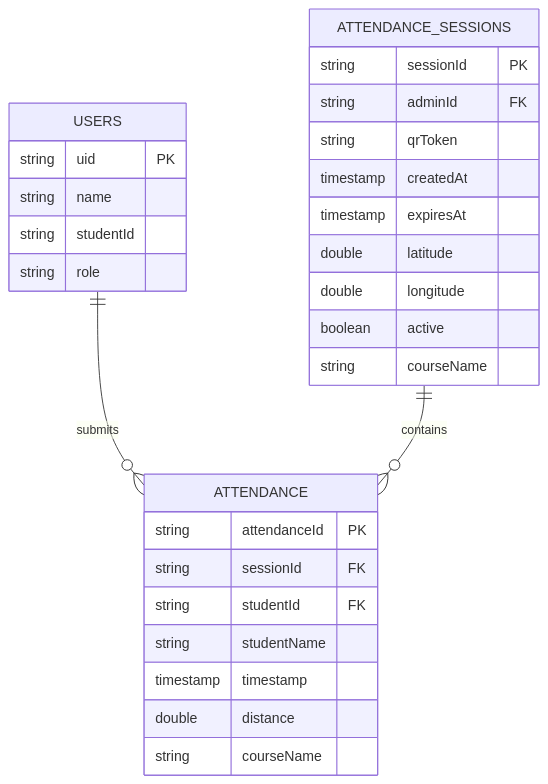
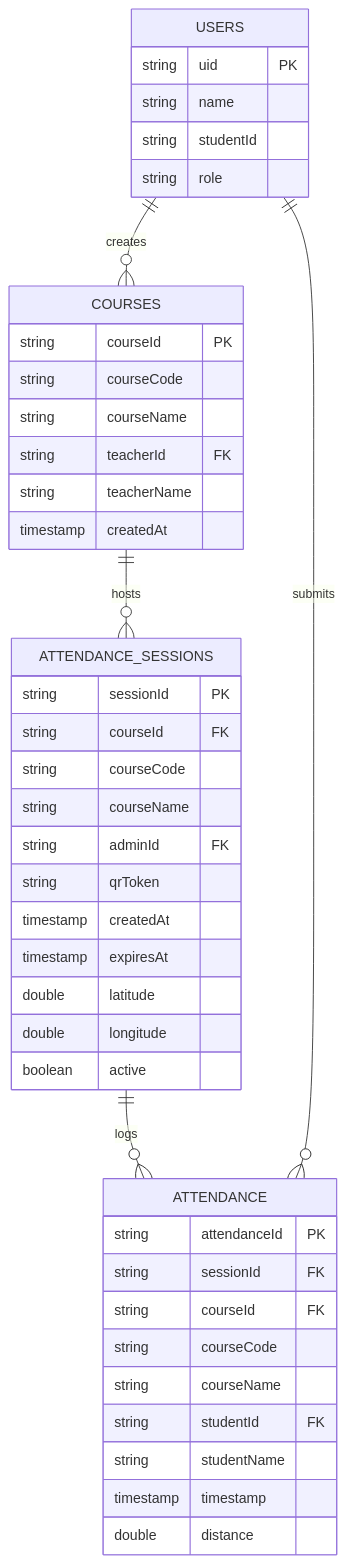
Before and after one commit to ahmadamin5112004-ship-it/attendance-system: the third of 3 diagrams in README.md, drawn with Mermaid. The commit also changed other lines of this file, not shown here.

Commit message:
Update README.md with Course Management, Teacher QR Generator, updated ER & UML diagrams

````diff
--- a/README.md
+++ b/README.md
@@ -117,34 +122,49 @@
 ```mermaid
 erDiagram
     USERS {
         string uid PK
         string name
         string studentId
         string role
     }
 
+    COURSES {
+        string courseId PK
+        string courseCode
+        string courseName
+        string teacherId FK
+        string teacherName
+        timestamp createdAt
+    }
+
     ATTENDANCE_SESSIONS {
         string sessionId PK
+        string courseId FK
+        string courseCode
+        string courseName
         string adminId FK
         string qrToken
         timestamp createdAt
         timestamp expiresAt
         double latitude
         double longitude
         boolean active
-        string courseName
     }
 
     ATTENDANCE {
         string attendanceId PK
         string sessionId FK
+        string courseId FK
+        string courseCode
+        string courseName
         string studentId FK
         string studentName
         timestamp timestamp
         double distance
-        string courseName
     }
 
+    USERS ||--o{ COURSES : creates
+    COURSES ||--o{ ATTENDANCE_SESSIONS : hosts
+    ATTENDANCE_SESSIONS ||--o{ ATTENDANCE : logs
     USERS ||--o{ ATTENDANCE : submits
-    ATTENDANCE_SESSIONS ||--o{ ATTENDANCE : contains
 ```
````
